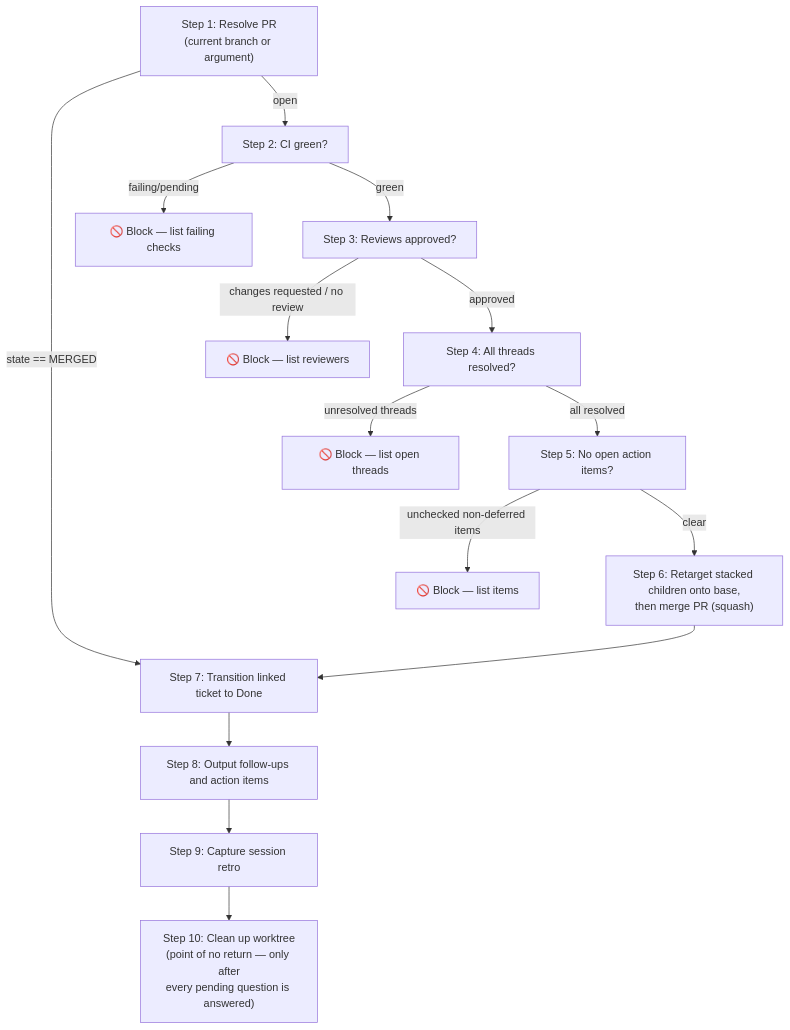
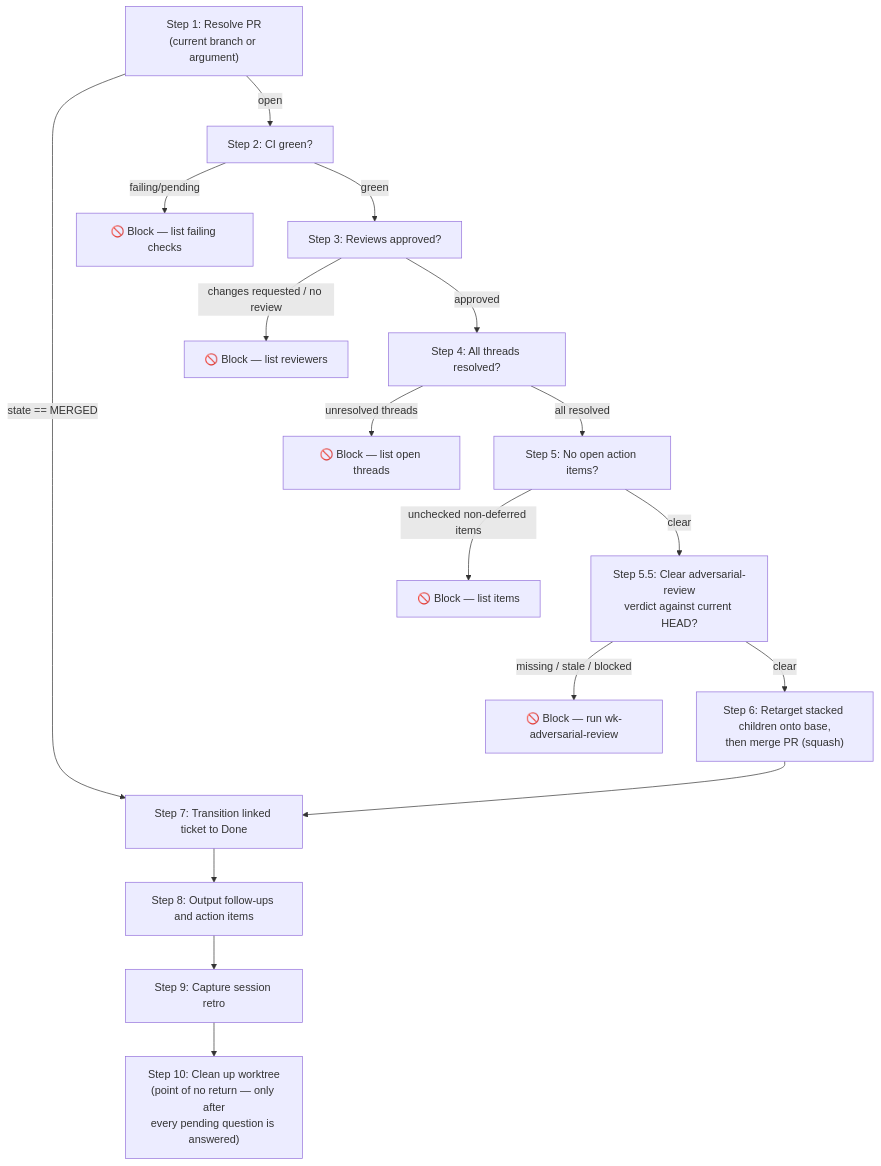
The diagram in skills/pr-merge/README.md (whizzzkid/skills), drawn with Mermaid before and after one commit. The commit also changed other lines of this file and 16 other files, not shown here.

First line of the commit message:
fix(skills): 🛡️ workflow — anchor the adversarial-review gate to merge, not every push

````diff
--- a/skills/pr-merge/README.md
+++ b/skills/pr-merge/README.md
@@ -18,17 +20,19 @@
 ```mermaid
 flowchart TD
     A["Step 1: Resolve PR<br/>(current branch or argument)"] -->|state == MERGED| G
     A -->|open| B["Step 2: CI green?"]
     B -->|failing/pending| BLOCK1["🚫 Block — list failing checks"]
     B -->|green| C["Step 3: Reviews approved?"]
     C -->|changes requested / no review| BLOCK2["🚫 Block — list reviewers"]
     C -->|approved| D["Step 4: All threads resolved?"]
     D -->|unresolved threads| BLOCK3["🚫 Block — list open threads"]
     D -->|all resolved| E["Step 5: No open action items?"]
     E -->|unchecked non-deferred items| BLOCK4["🚫 Block — list items"]
-    E -->|clear| F["Step 6: Retarget stacked children onto base,<br/>then merge PR (squash)"]
+    E -->|clear| E2["Step 5.5: Clear adversarial-review<br/>verdict against current HEAD?"]
+    E2 -->|missing / stale / blocked| BLOCK5["🚫 Block — run wk-adversarial-review"]
+    E2 -->|clear| F["Step 6: Retarget stacked children onto base,<br/>then merge PR (squash)"]
     F --> G["Step 7: Transition linked ticket to Done"]
     G --> H["Step 8: Output follow-ups and action items"]
     H --> I["Step 9: Capture session retro"]
     I --> J["Step 10: Clean up worktree<br/>(point of no return — only after<br/>every pending question is answered)"]
 ```
````
